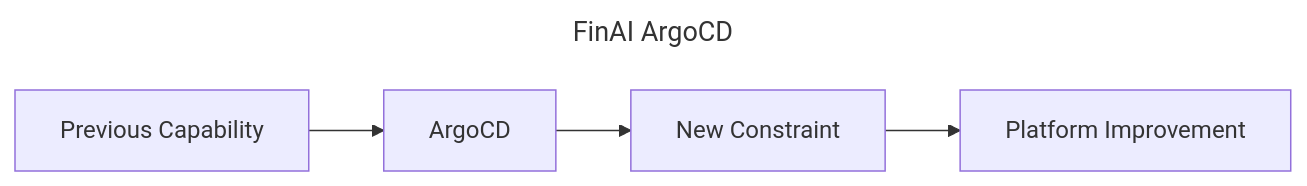
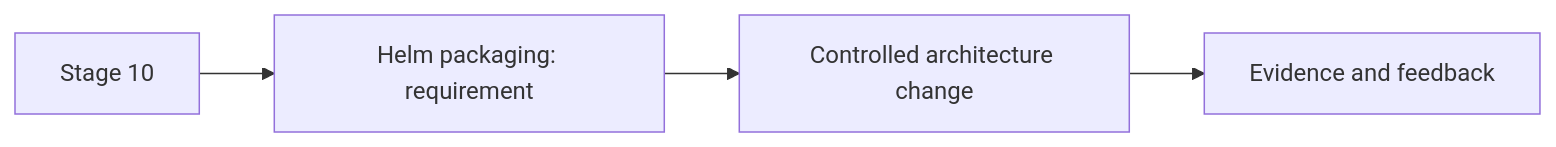
Diagram 11 of 30 in docs/journey/index.md (m1mohamad/devops-sre-prep), drawn with Mermaid before and after one commit. The commit also changed other lines of this file and 100 other files, not shown here.

````diff
--- a/docs/journey/index.md
+++ b/docs/journey/index.md
@@ -129,7 +222,6 @@
 ```mermaid
----
-title: FinAI ArgoCD
----
 flowchart LR
-  A[Previous Capability] --> B[ArgoCD] --> C[New Constraint] --> D[Platform Improvement]
+  S11[Stage 10] --> R11[Helm packaging: requirement]
+  R11 --> C11[Controlled architecture change]
+  C11 --> E11[Evidence and feedback]
 ```
````
